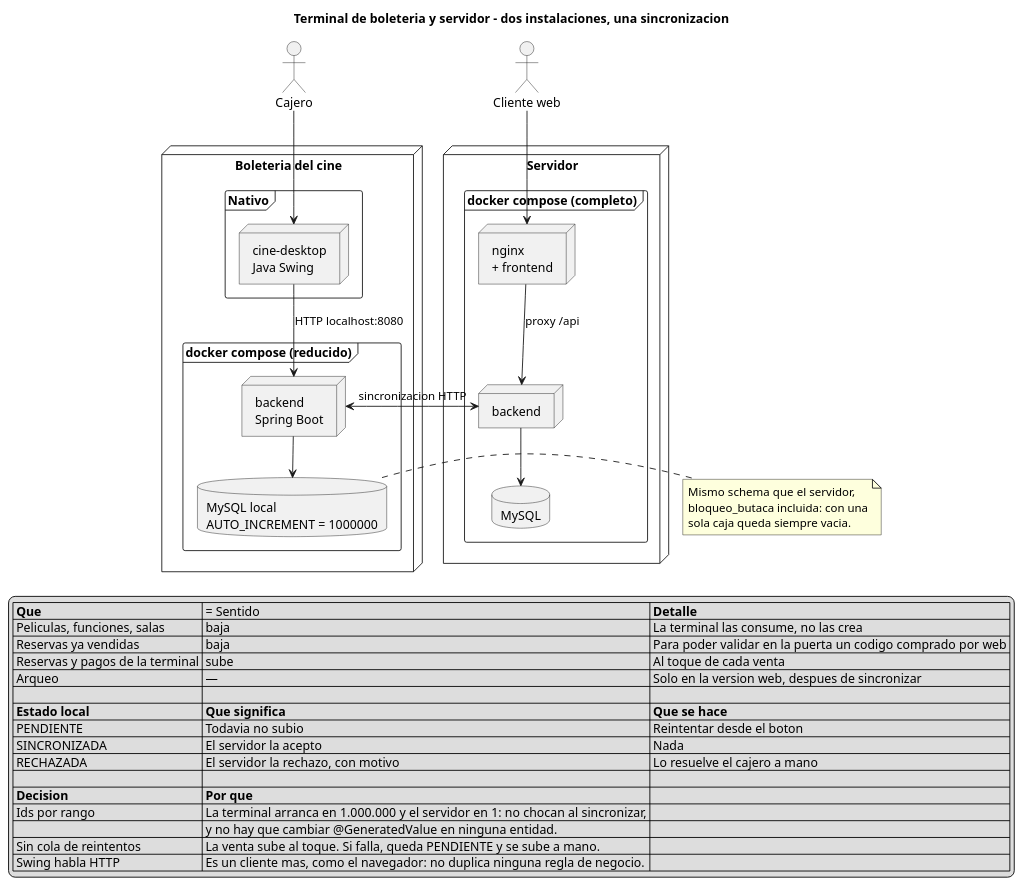
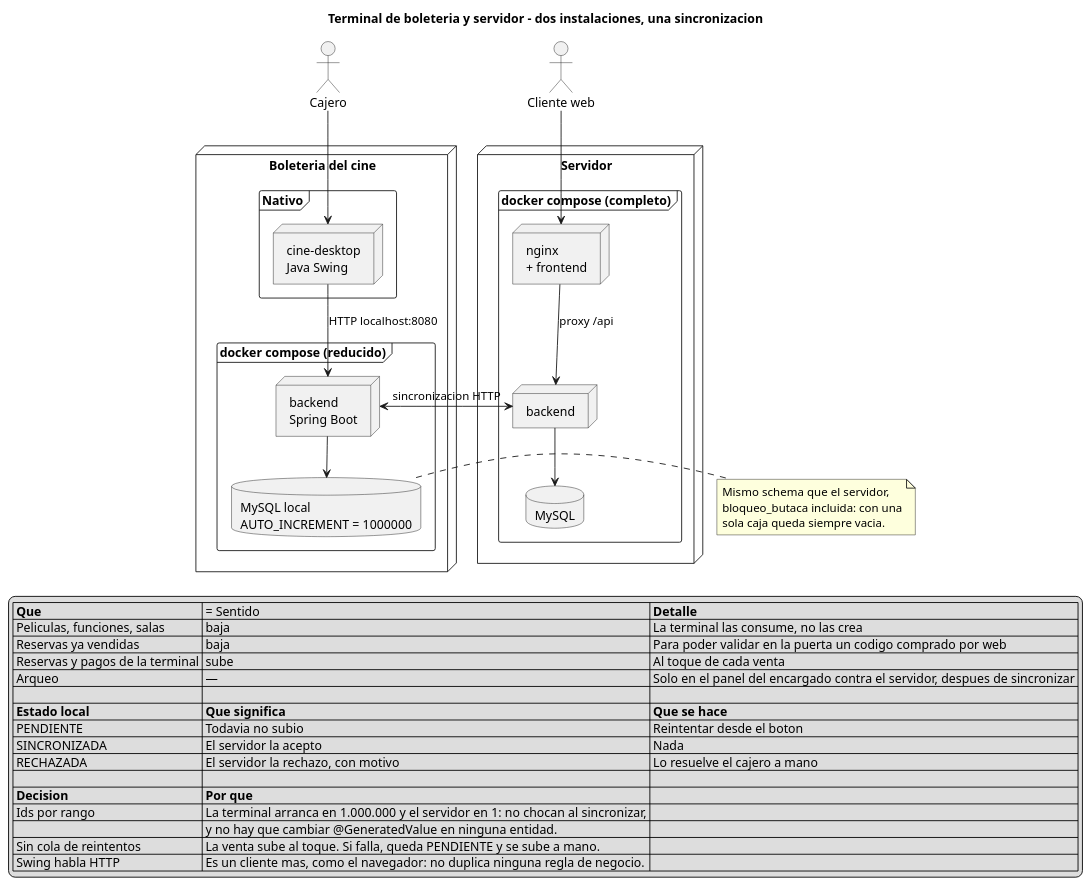
The diagram in _other/docs/diagramas/terminal-desktop.puml (andreiveisuade/cine-uade), drawn with PlantUML before and after one commit. The commit also changed 31 other files, not shown here.

Commit message:
docs: sin panel web del encargado, capturas de swing en el manual

```diff
--- a/_other/docs/diagramas/terminal-desktop.puml
+++ b/_other/docs/diagramas/terminal-desktop.puml
@@ -1,63 +1,63 @@
 @startuml terminal-desktop
 title Terminal de boleteria y servidor - dos instalaciones, una sincronizacion
 
 skinparam nodesep 25
 skinparam ranksep 45
 
 node "Boleteria del cine" as term {
   frame "Nativo" {
     node "cine-desktop\nJava Swing" as swing
   }
   frame "docker compose (reducido)" {
     node "backend\nSpring Boot" as backLocal
     database "MySQL local\nAUTO_INCREMENT = 1000000" as dbLocal
   }
 }
 
 node "Servidor" as srv {
   frame "docker compose (completo)" {
     node "nginx\n+ frontend" as nginx
     node "backend" as backSrv
     database "MySQL" as dbSrv
   }
 }
 
 actor "Cajero" as cajero
 actor "Cliente web" as web
 
 cajero --> swing
 swing --> backLocal : HTTP localhost:8080
 backLocal --> dbLocal
 
 web --> nginx
 nginx --> backSrv : proxy /api
 backSrv --> dbSrv
 
 backLocal <-> backSrv : sincronizacion HTTP
 
 note right of dbLocal
   Mismo schema que el servidor,
   bloqueo_butaca incluida: con una
   sola caja queda siempre vacia.
 end note
 
 legend bottom
   |= Que | = Sentido |= Detalle |
   | Peliculas, funciones, salas | baja | La terminal las consume, no las crea |
   | Reservas ya vendidas | baja | Para poder validar en la puerta un codigo comprado por web |
   | Reservas y pagos de la terminal | sube | Al toque de cada venta |
-  | Arqueo | — | Solo en la version web, despues de sincronizar |
+  | Arqueo | — | Solo en el panel del encargado contra el servidor, despues de sincronizar |
   |  |  |  |
   |= Estado local |= Que significa |= Que se hace |
   | PENDIENTE | Todavia no subio | Reintentar desde el boton |
   | SINCRONIZADA | El servidor la acepto | Nada |
   | RECHAZADA | El servidor la rechazo, con motivo | Lo resuelve el cajero a mano |
   |  |  |  |
   |= Decision |= Por que |
   | Ids por rango | La terminal arranca en 1.000.000 y el servidor en 1: no chocan al sincronizar, |
   |  | y no hay que cambiar @GeneratedValue en ninguna entidad. |
   | Sin cola de reintentos | La venta sube al toque. Si falla, queda PENDIENTE y se sube a mano. |
   | Swing habla HTTP | Es un cliente mas, como el navegador: no duplica ninguna regla de negocio. |
 endlegend
 
 @enduml
```
